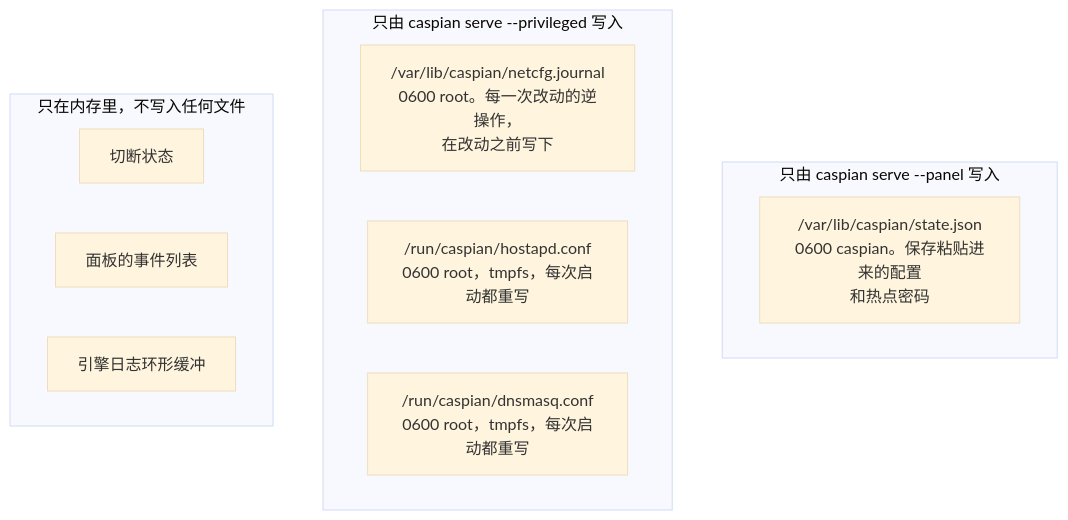
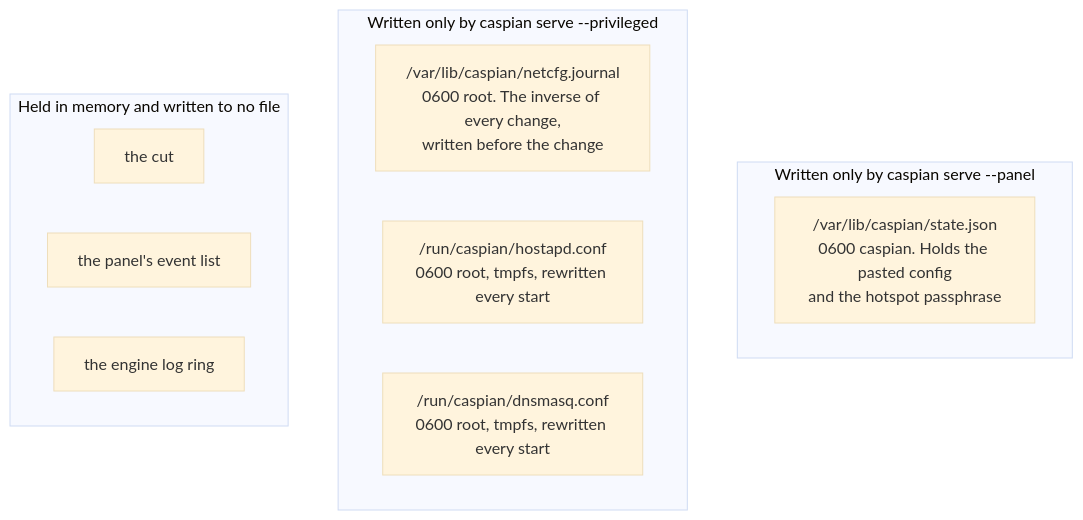
Before and after one commit to Iman/caspian: the third of 8 diagrams in docs/wiki/Architecture.zh.md, drawn with Mermaid (base theme). The commit also changed other lines of this file and 149 other files, not shown here.

````diff
--- a/docs/wiki/Architecture.zh.md
+++ b/docs/wiki/Architecture.zh.md
@@ -126,18 +140,18 @@
 ```mermaid
 flowchart TB
-    subgraph panelowns["只由 caspian serve --panel 写入"]
-        SJ["/var/lib/caspian/state.json<br/>0600 caspian。保存粘贴进来的配置<br/>和热点密码"]
+    subgraph panelowns["Written only by caspian serve --panel"]
+        SJ["/var/lib/caspian/state.json<br/>0600 caspian. Holds the pasted config<br/>and the hotspot passphrase"]
     end
 
-    subgraph privowns["只由 caspian serve --privileged 写入"]
-        JN["/var/lib/caspian/netcfg.journal<br/>0600 root。每一次改动的逆操作，<br/>在改动之前写下"]
-        HC["/run/caspian/hostapd.conf<br/>0600 root，tmpfs，每次启动都重写"]
-        DC["/run/caspian/dnsmasq.conf<br/>0600 root，tmpfs，每次启动都重写"]
+    subgraph privowns["Written only by caspian serve --privileged"]
+        JN["/var/lib/caspian/netcfg.journal<br/>0600 root. The inverse of every change,<br/>written before the change"]
+        HC["/run/caspian/hostapd.conf<br/>0600 root, tmpfs, rewritten every start"]
+        DC["/run/caspian/dnsmasq.conf<br/>0600 root, tmpfs, rewritten every start"]
     end
 
-    subgraph nofile["只在内存里，不写入任何文件"]
-        CUT["切断状态"]
-        EVT["面板的事件列表"]
-        RING["引擎日志环形缓冲"]
+    subgraph nofile["Held in memory and written to no file"]
+        CUT["the cut"]
+        EVT["the panel's event list"]
+        RING["the engine log ring"]
     end
 ```
````
